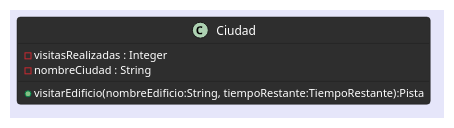
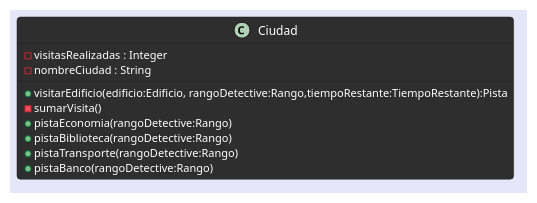
The diagram in docs/Diagramas/Clase/Ciudad.plantuml (avilagaston9/algo3_tp2), drawn with PlantUML before and after one commit. The commit also changed 4 other files, not shown here.

```diff
--- a/docs/Diagramas/Clase/Ciudad.plantuml
+++ b/docs/Diagramas/Clase/Ciudad.plantuml
@@ -1,20 +1,26 @@
 @startuml
 
 !theme reddress-darkblue
 skinparam BackgroundColor lavender
 skinparam ArrowColor black
 skinparam ArrowThickness 1.0
 skinparam RoundCorner 7
 skinparam ClassAttributeFontColor FFFFFF
 skinparam ClassFontSize 12
 skinparam ArrowFontColor black
 
 Class Ciudad{
 
     - visitasRealizadas : Integer
     - nombreCiudad : String
     
-    + visitarEdificio(nombreEdificio:String, tiempoRestante:TiempoRestante):Pista
+    + visitarEdificio(edificio:Edificio, rangoDetective:Rango,tiempoRestante:TiempoRestante):Pista
+    - sumarVisita()
+    + pistaEconomia(rangoDetective:Rango)
+    + pistaBiblioteca(rangoDetective:Rango)
+    + pistaTransporte(rangoDetective:Rango)
+    + pistaBanco(rangoDetective:Rango)
+
 }
 
 @enduml
```
